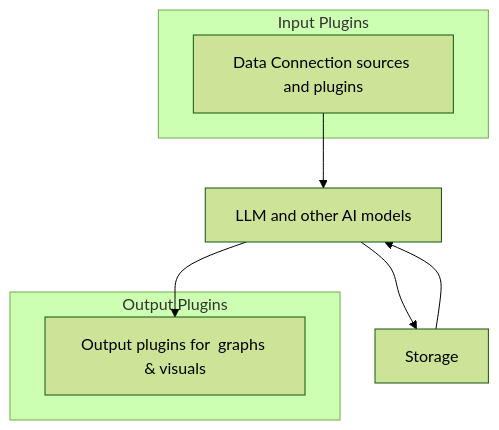
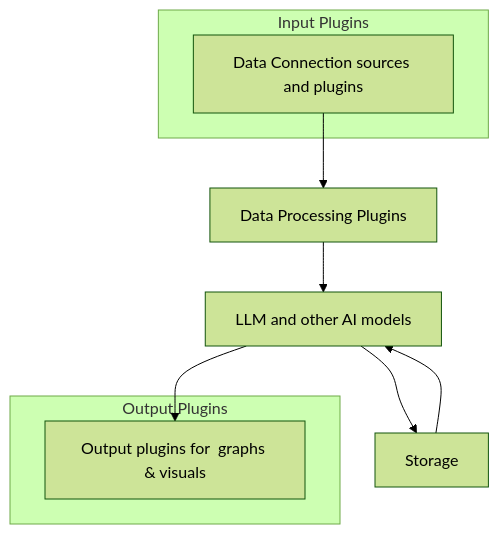
Before and after one commit to Mimir-AIP/Mimir-AIP-Go: the diagram in README.md, drawn with Mermaid (forest theme).

Commit message:
Update README.md
Added Data processing plugins to diagram

````diff
--- a/README.md
+++ b/README.md
@@ -4,13 +4,14 @@
 ```mermaid
 flowchart TD
  subgraph subGraph0["Input Plugins"]
         A["Data Connection sources and plugins"]
   end
  subgraph subGraph1["Output Plugins"]
         E["Output plugins for  graphs & visuals"]
   end
-    A --> B["LLM and other AI models"]
+    A -->D["Data Processing Plugins"]
+    D-->B["LLM and other AI models"]
     B --> C["Storage"] & E
     C --> B
 
 ```
````
